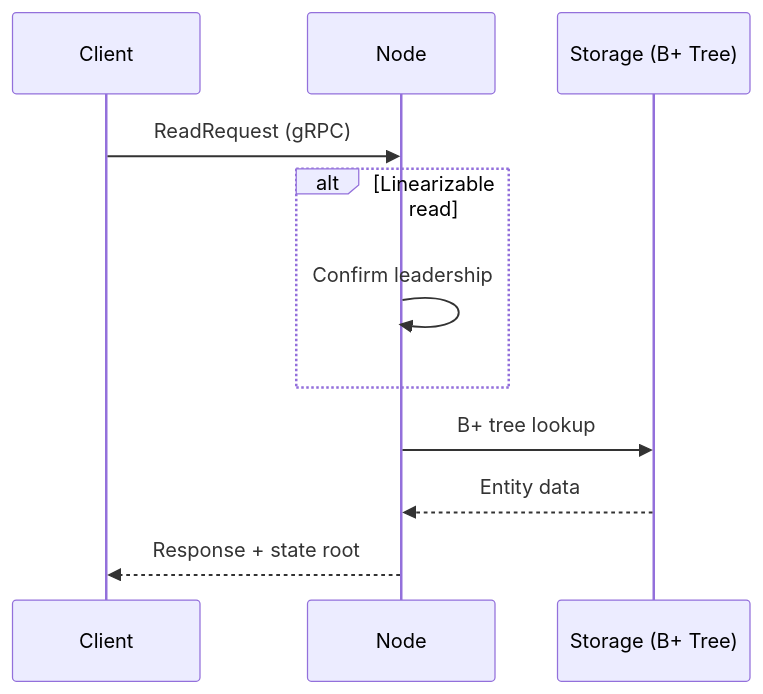
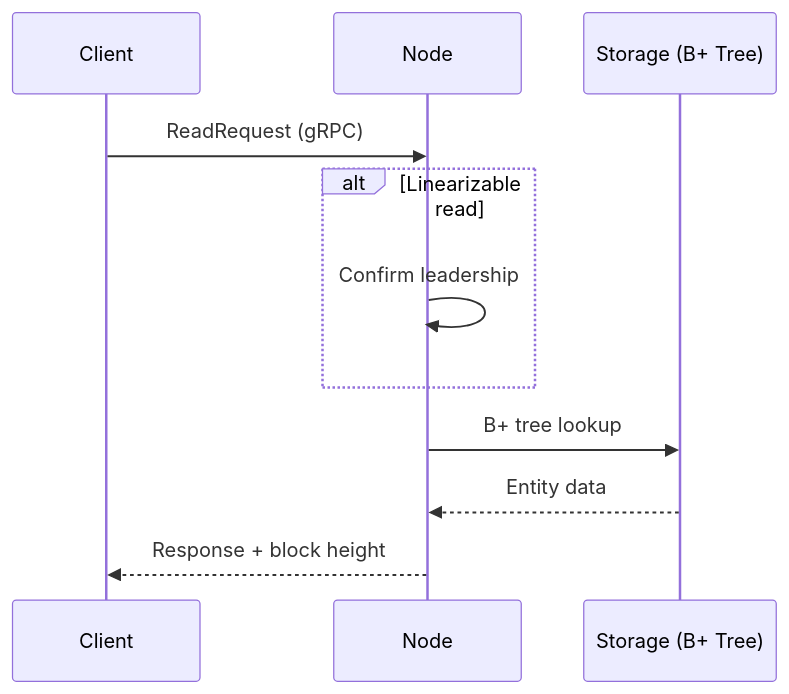
One commit to inferadb/ledger changed the second of 3 diagrams in WHITEPAPER.md. Above: the diagram before and after it, drawn with Mermaid. The commit also changed other lines of this file and 39 other files, not shown here.

````diff
--- a/WHITEPAPER.md
+++ b/WHITEPAPER.md
@@ -175,14 +190,14 @@
 ```mermaid
 sequenceDiagram
     participant C as Client
     participant N as Node
     participant S as Storage (B+ Tree)
 
     C->>N: ReadRequest (gRPC)
     alt Linearizable read
         N->>N: Confirm leadership
     end
     N->>S: B+ tree lookup
     S-->>N: Entity data
-    N-->>C: Response + state root
+    N-->>C: Response + block height
 ```
````
